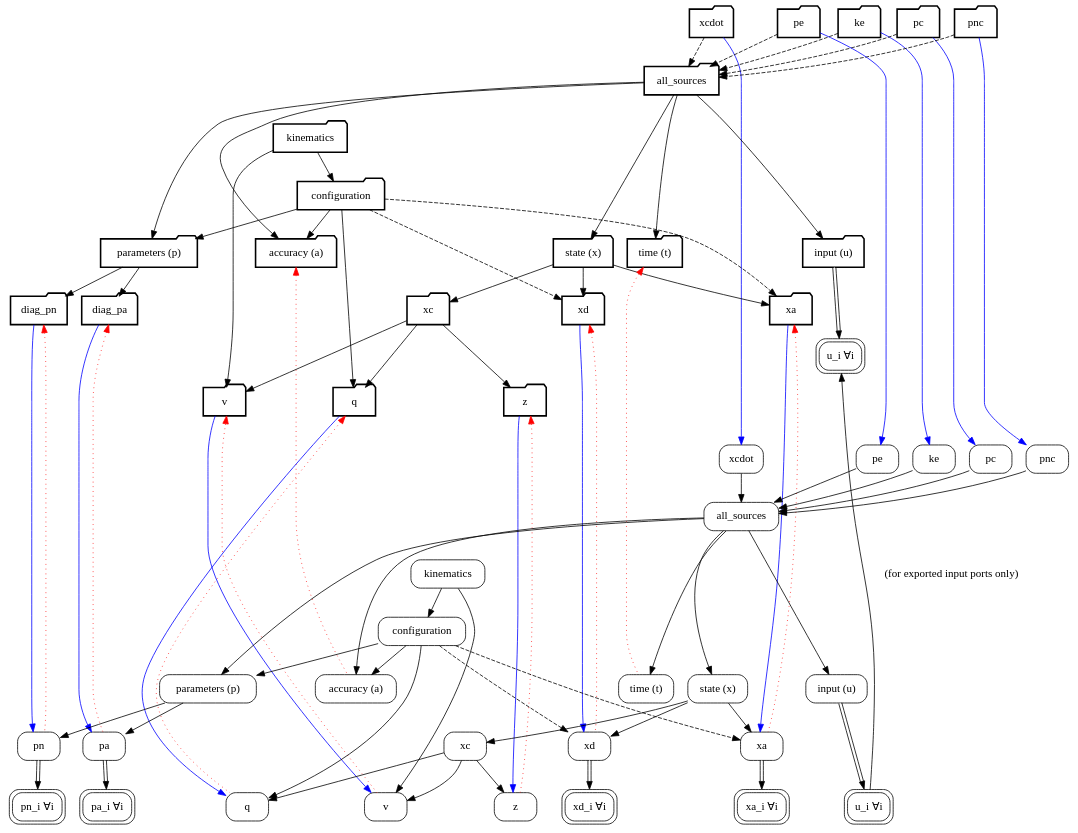
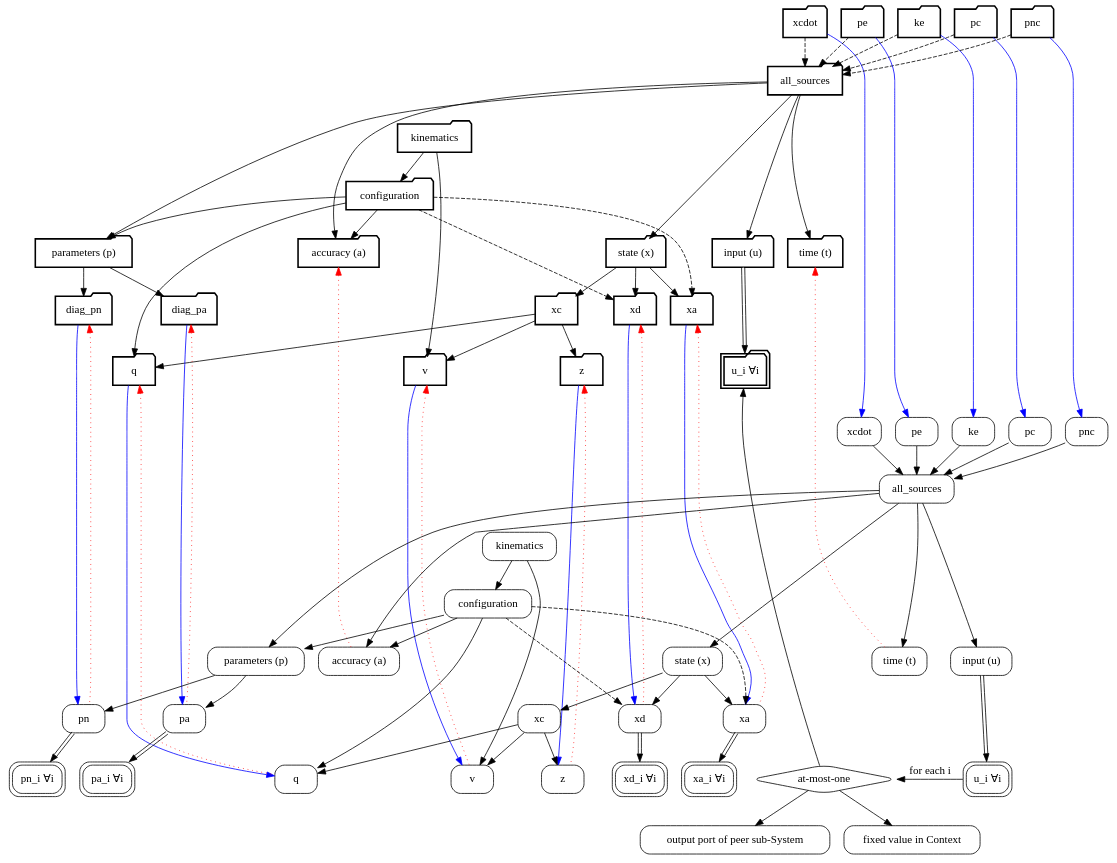
Before and after one commit to RobotLocomotion/drake: the diagram in systems/framework/images/cache_doxygen_trackers.dot, drawn with Graphviz.

Commit message:
Add input port details

```diff
--- a/systems/framework/images/cache_doxygen_trackers.dot
+++ b/systems/framework/images/cache_doxygen_trackers.dot
@@ -1,161 +1,169 @@
 digraph {
 rankdir=TB;
 
 // Declare all of our nodes and their visual shape.  Each statement here is the
 // same rank (i.e., one row on the visual layout).
 node[shape="folder",style="bold"];
 { rank=same; diag_xcdot; diag_ke; diag_pc; diag_pnc; diag_pe; }
 diag_all_sources;
 diag_kinematics;
 diag_configuration;
 { rank=same; diag_x; diag_p; diag_a; diag_t; diag_u; }
 { rank=same; diag_xc; diag_xd; diag_xa; diag_pn; diag_pa; }
-{ rank=same; diag_q; diag_v; diag_z; }
+{ rank=same; diag_q; diag_v; diag_z; diag_u_i_all; }
 node[shape="rect",style="rounded"];
 { rank=same; leaf_xcdot; leaf_ke; leaf_pc; leaf_pnc; leaf_pe; }
 leaf_all_sources;
 leaf_kinematics;
 leaf_configuration;
 { rank=same; leaf_x; leaf_p; leaf_a; leaf_t; leaf_u; }
 { rank=same; leaf_xc; leaf_xd; leaf_xa; leaf_pn; leaf_pa; }
 { rank=same; leaf_q; leaf_v; leaf_z; leaf_xd_i_all; leaf_xa_i_all;
-    leaf_pn_i_all; leaf_pa_i_all; leaf_u_i_all; }
+    leaf_pn_i_all; leaf_pa_i_all; leaf_u_oneof; leaf_u_i_all; }
 
 // Tweak the top-to-bottom order, beyond what's implied by the underlying
 // graph rankings.
 // - Stack diag atop leaf, don't intermingle their rows.
 { rank=same; leaf_xcdot; leaf_xcdot_invis[style=invis,label=""]; }
-diag_q -> leaf_xcdot_invis[style=invis];
+diag_u_i_all -> leaf_xcdot_invis[style=invis];
 // - Stack ..._all_sources atop ..._kinematics, not as a sibling.
 { rank=same; diag_kinematics; dkinvis[style=invis,label=""]; }
 { rank=same; leaf_kinematics; lkinvis[style=invis,label=""]; }
 diag_all_sources -> dkinvis[style=invis];
 leaf_all_sources -> lkinvis[style=invis];
 
 // Tweak the left-to-right order, beyond the default edge-routing heuristics.
 leaf_all_sources[ordering="in"]; diag_all_sources[ordering="in"];
 leaf_x[ordering="out"]; diag_x[ordering="out"];
 leaf_p[ordering="out"]; diag_p[ordering="out"];
 leaf_xc[ordering="out"]; diag_xc[ordering="out"];
+leaf_z -> leaf_xd_i_all[style=invis];
+leaf_xa_i_all -> leaf_u_i_all[style=invis];
 
 // This list exactly mirrors the "Predefined dependency tickets" table.
 // We omit some nodes for conciseness.
 // (omitted) leaf_nothing
 leaf_t[label="time (t)"];
 leaf_a[label="accuracy (a)"];
 leaf_q[label="q"];
 leaf_v[label="v"];
 leaf_z[label="z"];
 leaf_xc[label="xc"];
 leaf_xd[label="xd"]; leaf_xd_i_all[label="xd_i ∀i",peripheries=2];
 leaf_xa[label="xa"]; leaf_xa_i_all[label="xa_i ∀i",peripheries=2];
 leaf_x[label="state (x)"];
 leaf_pn[label="pn"]; leaf_pn_i_all[label="pn_i ∀i",peripheries=2];
 leaf_pa[label="pa"]; leaf_pa_i_all[label="pa_i ∀i",peripheries=2];
 leaf_p[label="parameters (p)"];
 leaf_u[label="input (u)"]; leaf_u_i_all[label="u_i ∀i",peripheries=2];
 leaf_all_sources[label="all_sources"];
 leaf_configuration[label="configuration"];
 leaf_kinematics[label="kinematics"];
 leaf_xcdot[label="xcdot"];
 leaf_pe[label="pe"];
 leaf_ke[label="ke"];
 leaf_pc[label="pc"];
 leaf_pnc[label="pnc"];
 // (omitted) leaf_pn_i
 // (omitted) leaf_pa_i
 // (omitted) leaf_xd_i
 // (omitted) leaf_xa_i
 // (omitted) leaf_u_i
 // (omitted) leaf_c_i
 leaf_xc -> { leaf_q leaf_v leaf_z };
 leaf_xd -> leaf_xd_i_all[color="black:white:black"];
 leaf_xa -> leaf_xa_i_all[color="black:white:black"];
 leaf_x -> { leaf_xc leaf_xd leaf_xa };
 leaf_pn-> leaf_pn_i_all[color="black:white:black"];
 leaf_pa -> leaf_pa_i_all[color="black:white:black"];
 leaf_p -> { leaf_pn leaf_pa };
 leaf_u -> leaf_u_i_all[color="black:white:black"];
 leaf_all_sources -> { leaf_x, leaf_p, leaf_a, leaf_t, leaf_u };
 leaf_configuration -> { leaf_q, leaf_p, leaf_a };
   leaf_configuration -> leaf_xd[style="dashed"];  // Footnote 3.
   leaf_configuration -> leaf_xa[style="dashed"];  // Footnote 3.
 leaf_kinematics -> { leaf_configuration, leaf_v };
 leaf_xcdot-> leaf_all_sources;
 leaf_pe -> leaf_all_sources;
 leaf_ke -> leaf_all_sources;
 leaf_pc -> leaf_all_sources;
 leaf_pnc -> leaf_all_sources;
 
 // This list repeats the above stanza but with "leaf_" renamed to "diag_",
 // and with the "footnote 2" edges removed.
 // (omitted) leaf_nothing
 diag_t[label="time (t)"];
 diag_a[label="accuracy (a)"];
 diag_q[label="q"];
 diag_v[label="v"];
 diag_z[label="z"];
 diag_xc[label="xc"];
 diag_xd[label="xd"];
 diag_xa[label="xa"];
 diag_x[label="state (x)"];
 leaf_pn[label="pn"];
 leaf_pa[label="pa"];
 diag_p[label="parameters (p)"];
 diag_u[label="input (u)"]; diag_u_i_all[label="u_i ∀i",peripheries=2];
 diag_all_sources[label="all_sources"];
 diag_configuration[label="configuration"];
 diag_kinematics[label="kinematics"];
 diag_xcdot[label="xcdot"];
 diag_pe[label="pe"];
 diag_ke[label="ke"];
 diag_pc[label="pc"];
 diag_pnc[label="pnc"];
 // (omitted) diag_u_i
 // (omitted) diag_c_i
 diag_xc -> { diag_q diag_v diag_z };
 diag_x -> { diag_xc diag_xd diag_xa };
 diag_p -> { diag_pn diag_pa };
 diag_u -> diag_u_i_all[color="black:white:black"];
 diag_all_sources -> { diag_x, diag_p, diag_a, diag_t, diag_u };
 diag_configuration -> { diag_q, diag_p, diag_a };
   diag_configuration -> diag_xd[style="dashed"];  // Footnote 3.
   diag_configuration -> diag_xa[style="dashed"];  // Footnote 3.
 diag_kinematics -> { diag_configuration, diag_v };
 diag_xcdot -> diag_all_sources[style="dashed"];   // Footnote 5.
 diag_pe -> diag_all_sources[style="dashed"];      // Footnote 5.
 diag_ke -> diag_all_sources[style="dashed"];      // Footnote 5.
 diag_pc -> diag_all_sources[style="dashed"];      // Footnote 5.
 diag_pnc -> diag_all_sources[style="dashed"];     // Footnote 5.
 
 // Per "Predefined dependency tickets" table footnote 4.
-diag_u_i_all -> leaf_u_i_all[dir="back",label="(for exported input ports only)"];
+leaf_u_oneof[label="at-most-one",shape=diamond];
+peer_u[label="output port of peer sub-System"];
+fixed_u[label="fixed value in Context"];
+leaf_u_i_all -> leaf_u_oneof[constraint=false,label="for each i"];
+leaf_u_oneof -> peer_u
+leaf_u_oneof -> fixed_u;
+diag_u_i_all -> leaf_u_oneof[dir=back];
 
 // This list exactly mirrors the "Diagram-specific implementation" table, for
 // the "Subscribes to" column.
 diag_q -> leaf_q[color="blue"];
 diag_v -> leaf_v[color="blue"];
 diag_z -> leaf_z[color="blue"];
 diag_xd -> leaf_xd[color="blue"];
 diag_xa -> leaf_xa[color="blue"];
 diag_pn -> leaf_pn[color="blue"];
 diag_pa -> leaf_pa[color="blue"];
 diag_xcdot -> leaf_xcdot[color="blue"];
 diag_pe -> leaf_pe[color="blue"];
 diag_ke -> leaf_ke[color="blue"];
 diag_pc -> leaf_pc[color="blue"];
 diag_pnc -> leaf_pnc[color="blue"];
 
 // This list exactly mirrors the "Diagram-specific implementation" table, for
 // the "Notifications send" column.
 diag_t -> leaf_t[dir="back",color="red",style="dotted"];
 diag_a -> leaf_a[dir="back",color="red",style="dotted"];
 diag_q -> leaf_q[dir="back",color="red",style="dotted"];
 diag_v -> leaf_v[dir="back",color="red",style="dotted"];
 diag_z -> leaf_z[dir="back",color="red",style="dotted"];
 diag_xd -> leaf_xd[dir="back",color="red",style="dotted"];
 diag_xa -> leaf_xa[dir="back",color="red",style="dotted"];
 diag_pn -> leaf_pn[dir="back",color="red",style="dotted"];
 diag_pa -> leaf_pa[dir="back",color="red",style="dotted"];
 
 }  // diagraph
```
